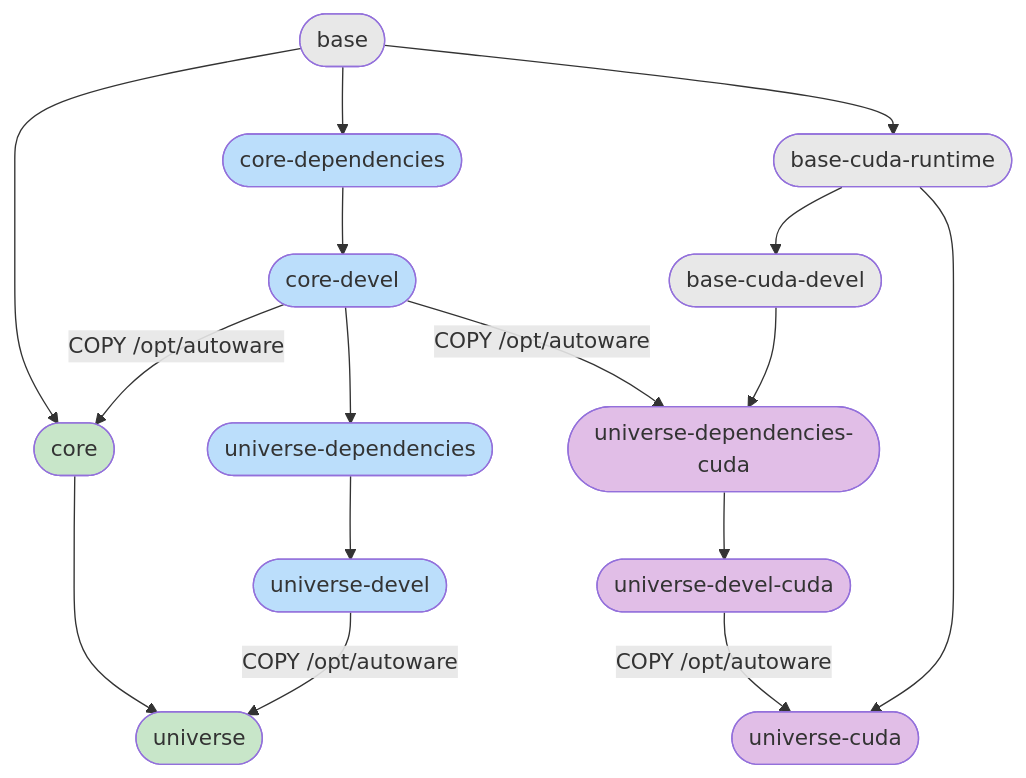
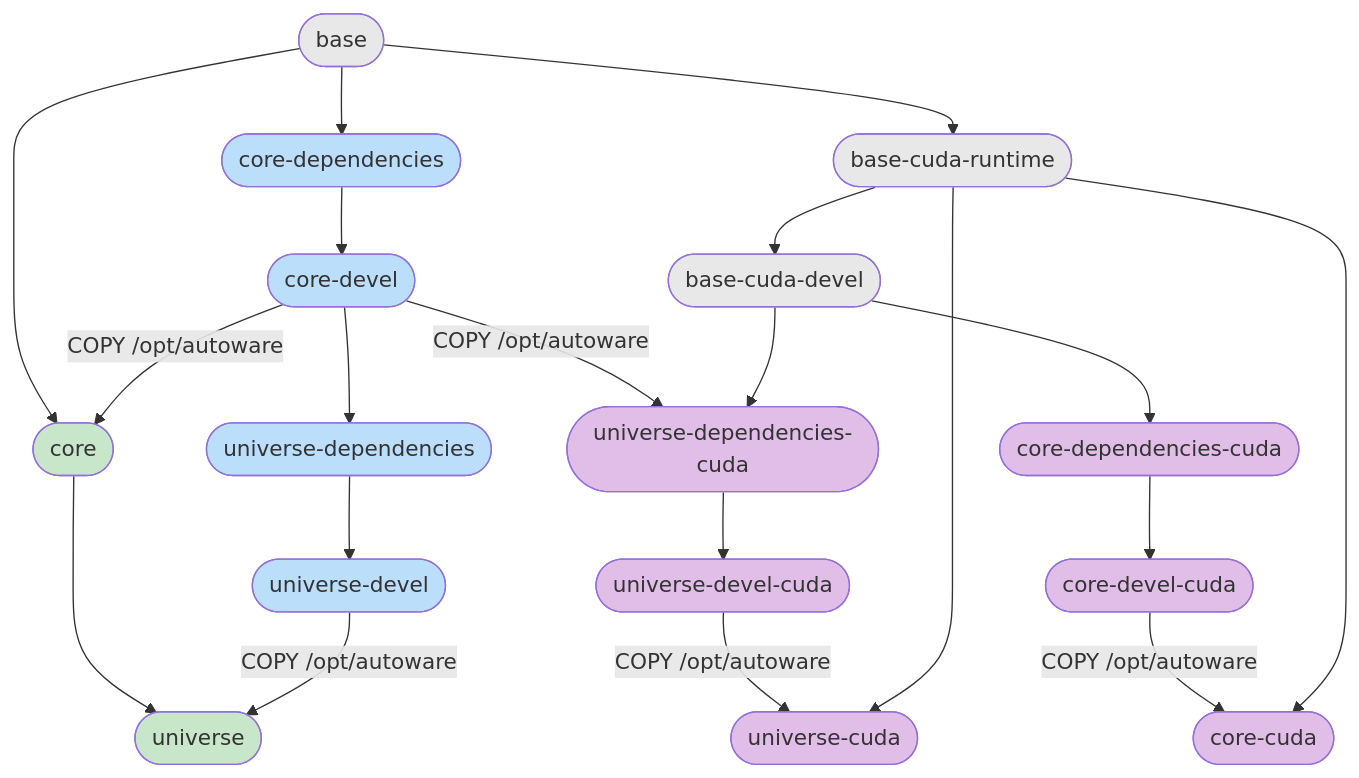
The diagram in docker/README.md (autowarefoundation/autoware), drawn with Mermaid before and after one commit. The commit also changed other lines of this file and 7 other files, not shown here.

First line of the commit message:
feat(docker): add core CUDA images (#7383)

````diff
--- a/docker/README.md
+++ b/docker/README.md
@@ -7,23 +7,27 @@
 ```mermaid
 graph TB
     base(["base"]) --> core-dependencies(["core-dependencies"]) & core(["core"]) & base-cuda-runtime(["base-cuda-runtime"])
     core-dependencies --> core-devel(["core-devel"])
     core-devel --> universe-dependencies(["universe-dependencies"])
     universe-dependencies --> universe-devel(["universe-devel"])
     universe-dependencies-cuda(["universe-dependencies-cuda"]) --> universe-devel-cuda(["universe-devel-cuda"])
     core-devel -- " COPY /opt/autoware " --> core
     core --> universe(["universe"])
     universe-devel -- " COPY /opt/autoware " --> universe
     universe-devel-cuda -- " COPY /opt/autoware " --> universe-cuda(["universe-cuda"])
     core-devel -- " COPY /opt/autoware " --> universe-dependencies-cuda
     base-cuda-devel(["base-cuda-devel"]) --> universe-dependencies-cuda
     base-cuda-runtime --> universe-cuda & base-cuda-devel
+    base-cuda-devel --> core-dependencies-cuda(["core-dependencies-cuda"])
+    core-dependencies-cuda --> core-devel-cuda(["core-devel-cuda"])
+    core-devel-cuda -- " COPY /opt/autoware " --> core-cuda(["core-cuda"])
+    base-cuda-runtime --> core-cuda
     classDef base fill: #e8e8e8, color: #333
     classDef devel fill: #bbdefb, color: #333
     classDef runtime fill: #c8e6c9, color: #333
     classDef cuda fill: #e1bee7, color: #333
     class base,base-cuda-runtime,base-cuda-devel base
     class core-dependencies,core-devel,universe-dependencies,universe-devel devel
     class core,universe runtime
-    class universe-dependencies-cuda,universe-devel-cuda,universe-cuda cuda
+    class core-dependencies-cuda,core-devel-cuda,core-cuda,universe-dependencies-cuda,universe-devel-cuda,universe-cuda cuda
 ```
````
